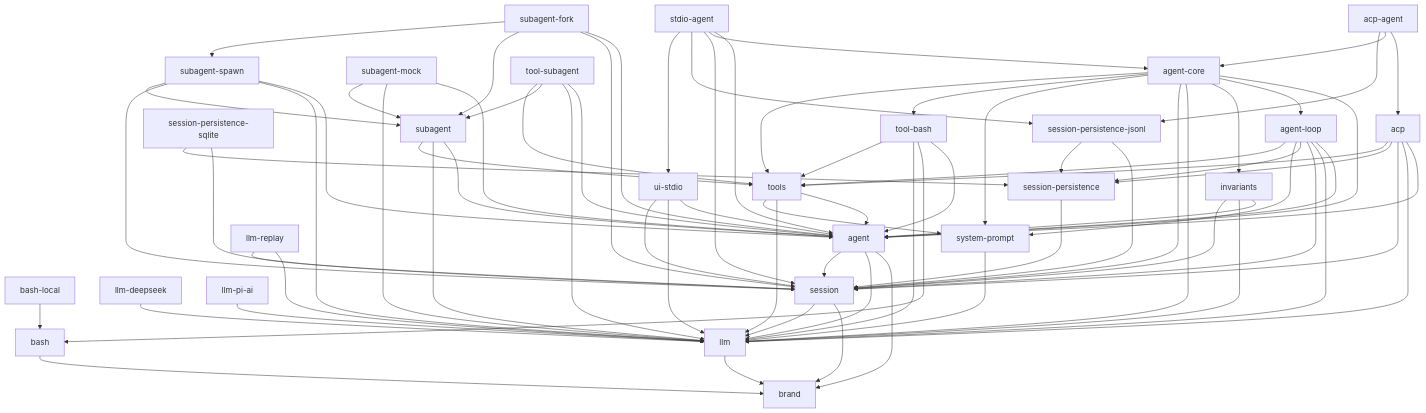
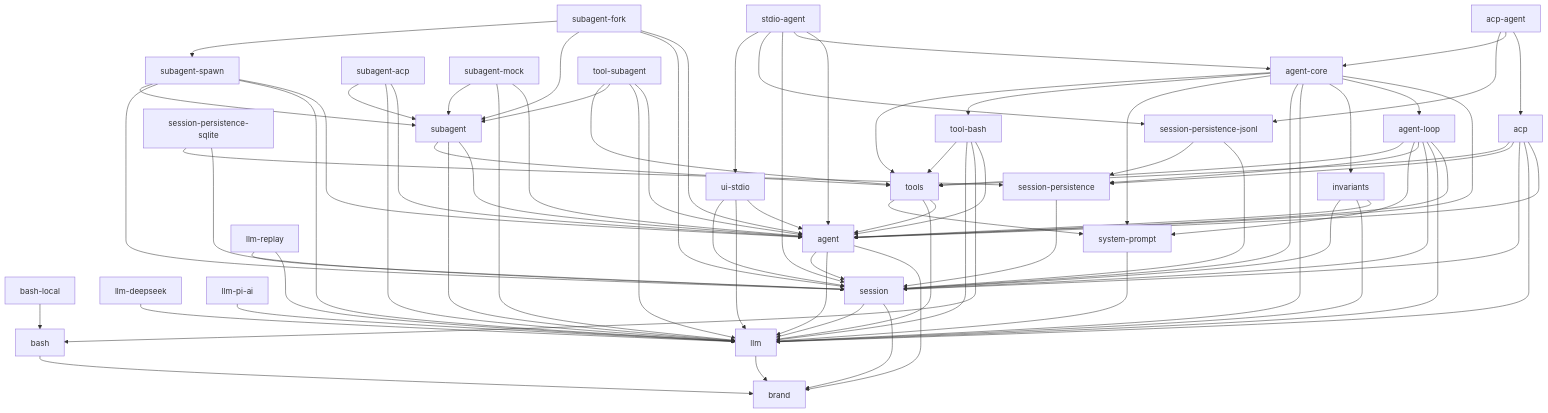
Before and after one commit to 007M7/DeepCode: the diagram in docs/module-graph.md, drawn with Mermaid. The commit also changed other lines of this file and 22 other files, not shown here.

````diff
--- a/docs/module-graph.md
+++ b/docs/module-graph.md
@@ -8,79 +8,82 @@
 ```mermaid
 graph TD
   bash --> brand
   llm --> brand
   bash-local --> bash
   llm-deepseek --> llm
   llm-pi-ai --> llm
   session --> brand
   session --> llm
   system-prompt --> llm
   agent --> brand
   agent --> llm
   agent --> session
   llm-replay --> llm
   llm-replay --> session
   session-persistence --> session
   invariants --> agent
   invariants --> llm
   invariants --> session
   session-persistence-jsonl --> session
   session-persistence-jsonl --> session-persistence
   session-persistence-sqlite --> session
   session-persistence-sqlite --> session-persistence
   tools --> agent
   tools --> llm
   tools --> system-prompt
   ui-stdio --> agent
   ui-stdio --> llm
   ui-stdio --> session
   acp --> agent
   acp --> llm
   acp --> session
   acp --> session-persistence
   acp --> tools
   agent-loop --> agent
   agent-loop --> llm
   agent-loop --> session
   agent-loop --> session-persistence
   agent-loop --> system-prompt
   agent-loop --> tools
   subagent --> agent
   subagent --> llm
   subagent --> tools
   tool-bash --> agent
   tool-bash --> bash
   tool-bash --> llm
   tool-bash --> tools
   agent-core --> agent
   agent-core --> agent-loop
   agent-core --> invariants
   agent-core --> llm
   agent-core --> session
   agent-core --> system-prompt
   agent-core --> tool-bash
   agent-core --> tools
+  subagent-acp --> agent
+  subagent-acp --> llm
+  subagent-acp --> subagent
   subagent-mock --> agent
   subagent-mock --> llm
   subagent-mock --> subagent
   subagent-spawn --> agent
   subagent-spawn --> llm
   subagent-spawn --> session
   subagent-spawn --> subagent
   tool-subagent --> agent
   tool-subagent --> llm
   tool-subagent --> subagent
   tool-subagent --> tools
   acp-agent --> acp
   acp-agent --> agent-core
   acp-agent --> session-persistence-jsonl
   stdio-agent --> agent
   stdio-agent --> agent-core
   stdio-agent --> session
   stdio-agent --> session-persistence-jsonl
   stdio-agent --> ui-stdio
   subagent-fork --> agent
   subagent-fork --> session
   subagent-fork --> subagent
   subagent-fork --> subagent-spawn
 ```
````
